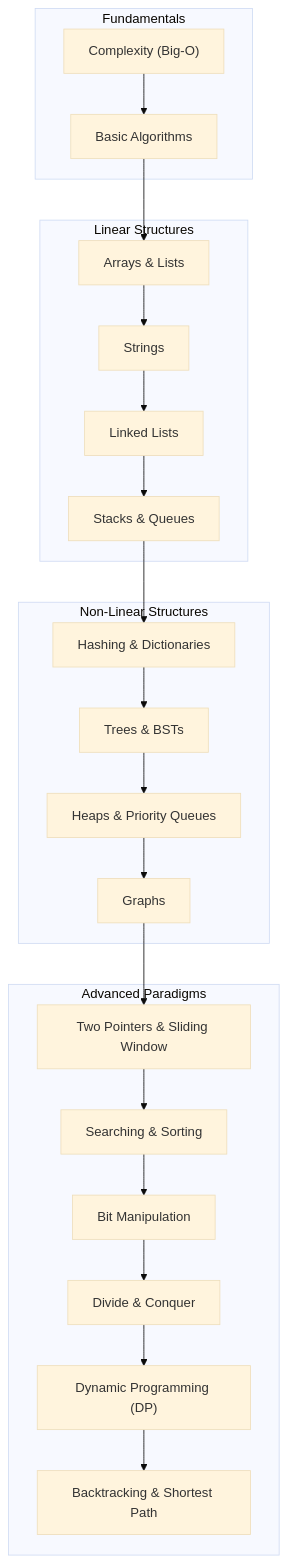
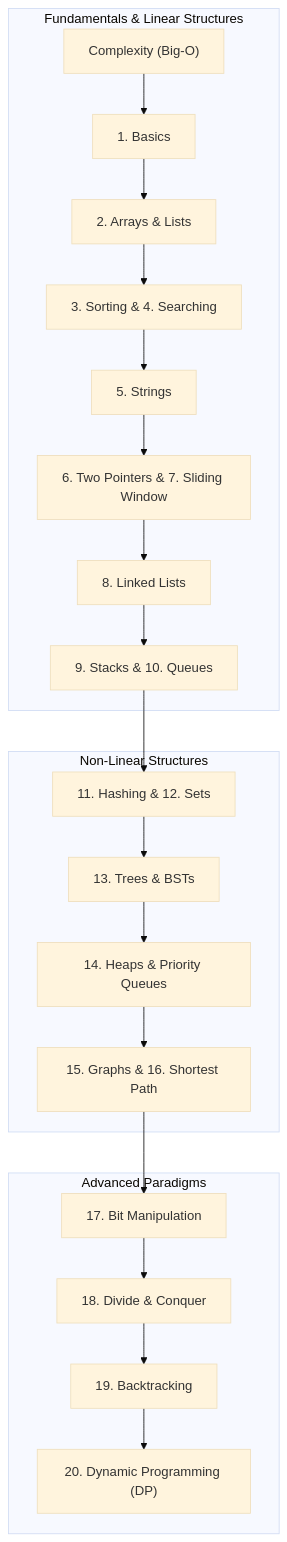
Before and after one commit to Pranita1810/MatrixMind: the diagram in python/DSA/README.md, drawn with Mermaid (base theme). The commit also changed other lines of this file and 2 other files, not shown here.

````diff
--- a/python/DSA/README.md
+++ b/python/DSA/README.md
@@ -9,26 +9,24 @@
 ```mermaid
 flowchart TD
-    subgraph Fundamentals
-        A["Complexity (Big-O)"] --> B["Basic Algorithms"]
-    end
-    subgraph Linear Structures
-        B --> C["Arrays & Lists"]
-        C --> D["Strings"]
-        D --> E["Linked Lists"]
-        E --> F["Stacks & Queues"]
+    subgraph Fundamentals & Linear Structures
+        A["Complexity (Big-O)"] --> B["1. Basics"]
+        B --> C["2. Arrays & Lists"]
+        C --> D["3. Sorting & 4. Searching"]
+        D --> E["5. Strings"]
+        E --> F["6. Two Pointers & 7. Sliding Window"]
+        F --> G["8. Linked Lists"]
+        G --> H["9. Stacks & 10. Queues"]
     end
     subgraph Non-Linear Structures
-        F --> G["Hashing & Dictionaries"]
-        G --> H["Trees & BSTs"]
-        H --> I["Heaps & Priority Queues"]
-        I --> J["Graphs"]
+        H --> I["11. Hashing & 12. Sets"]
+        I --> J["13. Trees & BSTs"]
+        J --> K["14. Heaps & Priority Queues"]
+        K --> L["15. Graphs & 16. Shortest Path"]
     end
     subgraph Advanced Paradigms
-        J --> K["Two Pointers & Sliding Window"]
-        K --> L["Searching & Sorting"]
-        L --> M["Bit Manipulation"]
-        M --> N["Divide & Conquer"]
-        N --> O["Dynamic Programming (DP)"]
-        O --> P["Backtracking & Shortest Path"]
+        L --> M["17. Bit Manipulation"]
+        M --> N["18. Divide & Conquer"]
+        N --> O["19. Backtracking"]
+        O --> P["20. Dynamic Programming (DP)"]
     end
 ```
````
